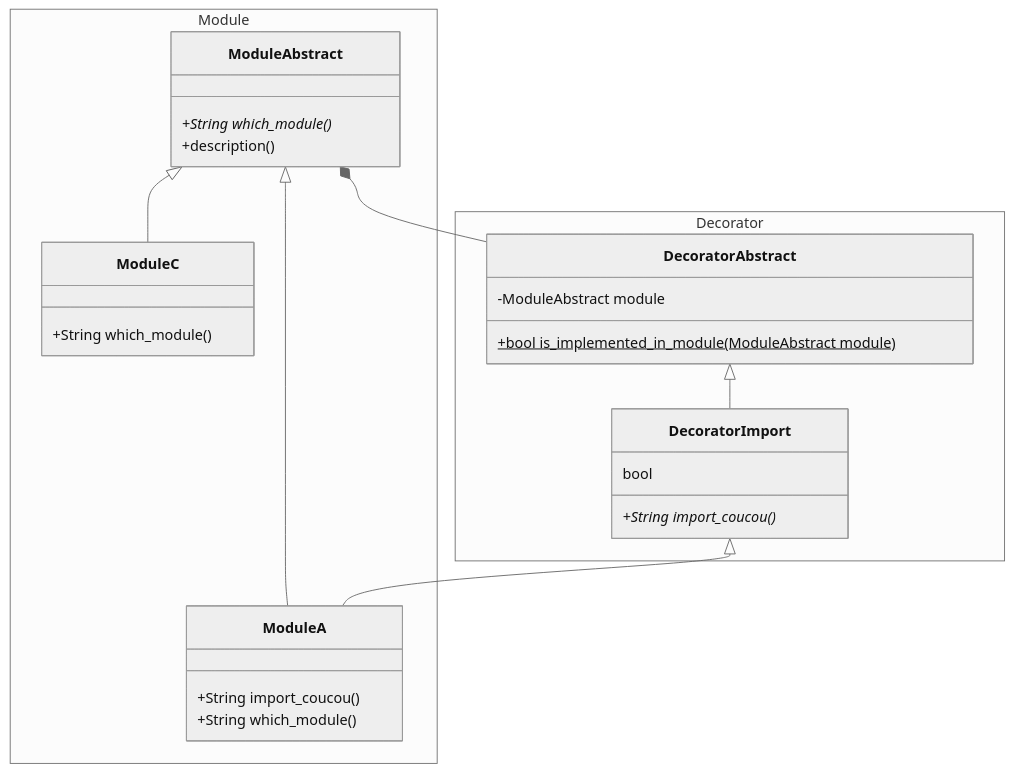
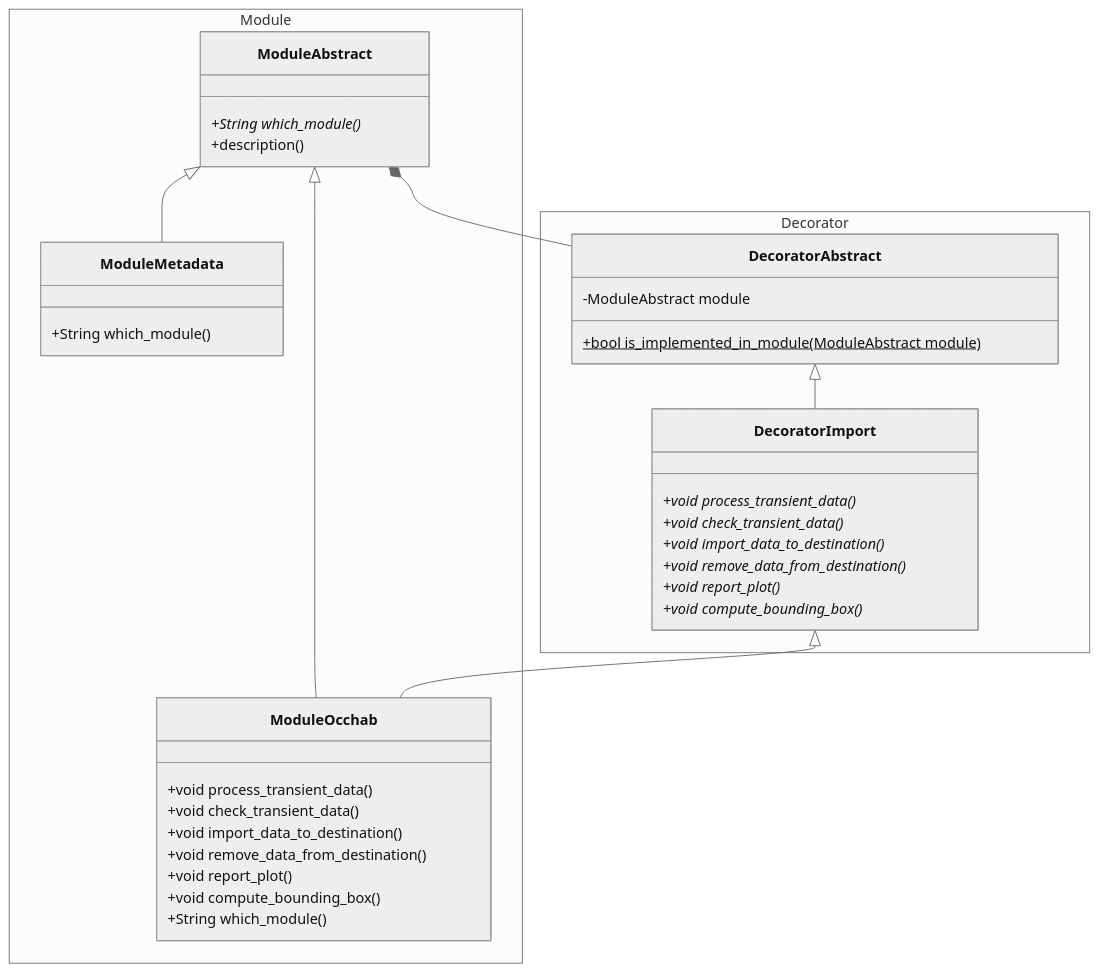
The diagram in README.md (edelclaux/playground), drawn with Mermaid (neutral theme) before and after one commit. The commit also changed other lines of this file and 7 other files, not shown here.

````diff
--- a/README.md
+++ b/README.md
@@ -22,36 +22,45 @@
 ```mermaid
 classDiagram
 
 DecoratorAbstract <|-- DecoratorImport
 ModuleAbstract *-- DecoratorAbstract
 
-ModuleAbstract <|-- ModuleA
-DecoratorImport <|-- ModuleA
+ModuleAbstract <|-- ModuleOcchab
+DecoratorImport <|-- ModuleOcchab
 
-ModuleAbstract <|-- ModuleC
+ModuleAbstract <|-- ModuleMetadata
 
 namespace Module {
     class ModuleAbstract{
         +String which_module()*
         +description()
     }
-    class ModuleA {
-        +String import_coucou()
+    class ModuleOcchab {
+        +void process_transient_data()
+        +void check_transient_data()
+        +void import_data_to_destination()
+        +void remove_data_from_destination()
+        +void report_plot()
+        +void compute_bounding_box()
         +String which_module()
     }
-    class ModuleC{
+    class ModuleMetadata{
         +String which_module()
     }
 }
 
 namespace Decorator {
     class DecoratorAbstract{
         -ModuleAbstract module
         +bool is_implemented_in_module(ModuleAbstract module)$
     }
     class DecoratorImport{
-        +String import_coucou()*
-        bool
+        +void process_transient_data()*
+        +void check_transient_data()*
+        +void import_data_to_destination()*
+        +void remove_data_from_destination()*
+        +void report_plot()*
+        +void compute_bounding_box()*
     }
 }
 ```
````
